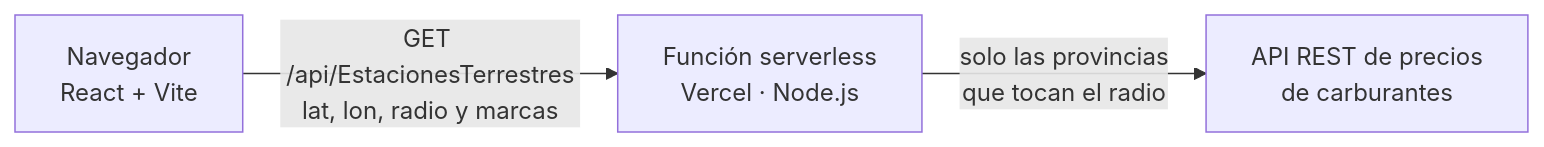
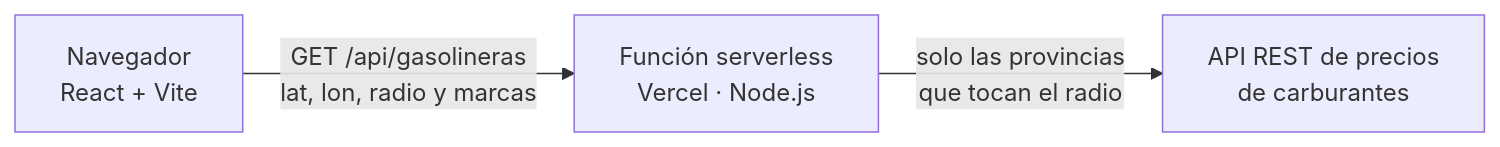
Before and after one commit to AngelorumCSE/gasolineras-cercanas: the diagram in README.md, drawn with Mermaid. The commit also changed other lines of this file and 35 other files, not shown here.

````diff
--- a/README.md
+++ b/README.md
@@ -21,5 +28,5 @@
 ```mermaid
 flowchart LR
-  A["Navegador<br/>React + Vite"] -- "GET /api/EstacionesTerrestres<br/>lat, lon, radio y marcas" --> B["Función serverless<br/>Vercel · Node.js"]
+  A["Navegador<br/>React + Vite"] -- "GET /api/gasolineras<br/>lat, lon, radio y marcas" --> B["Función serverless<br/>Vercel · Node.js"]
   B -- "solo las provincias<br/>que tocan el radio" --> C["API REST de precios<br/>de carburantes"]
 ```
````
